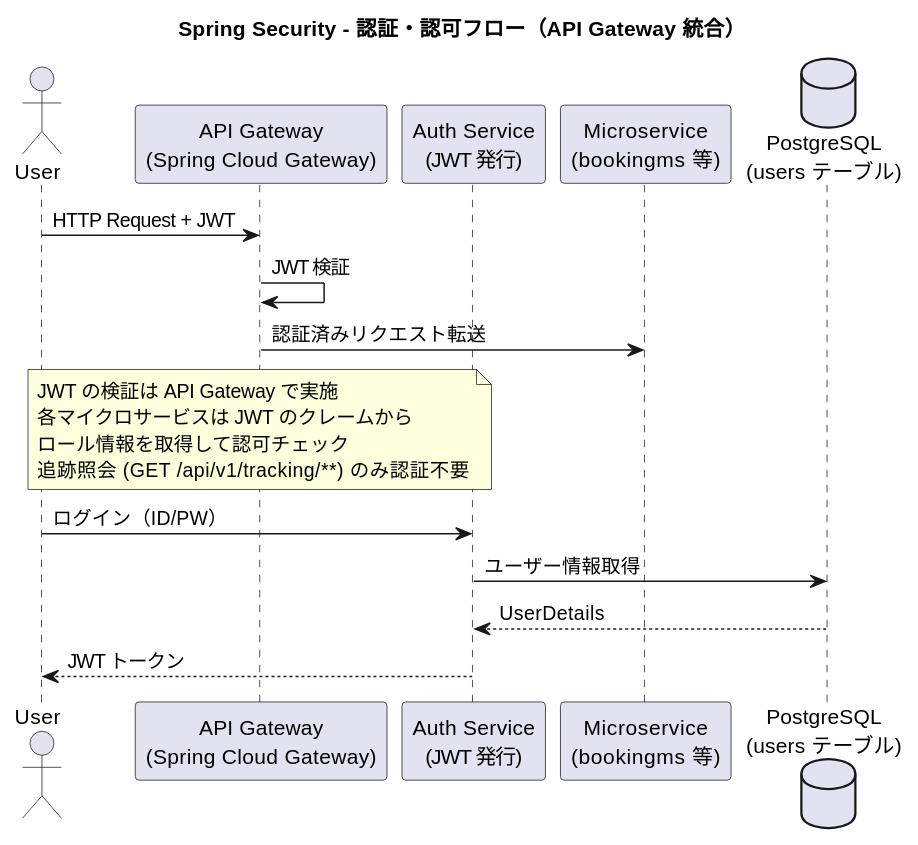
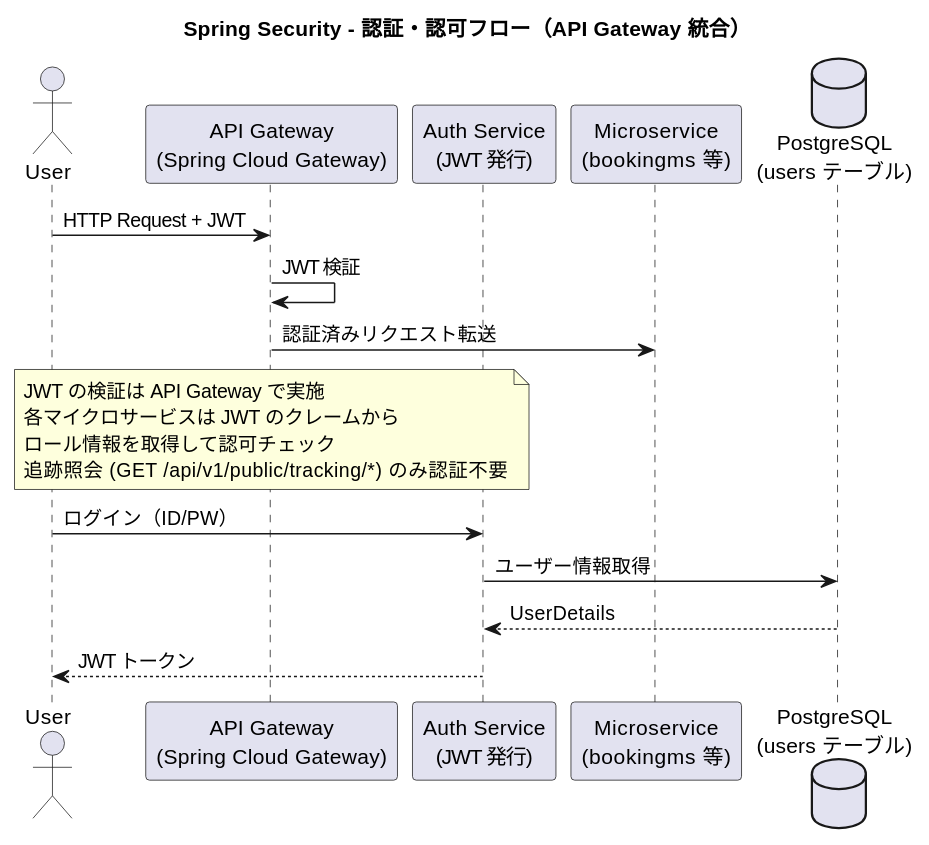
One commit to k2works/case-study-cargo-tracker changed the sixth of 7 diagrams in docs/design/architecture_backend.md. Above: the diagram before and after it, drawn with PlantUML. The commit also changed other lines of this file and 17 other files, not shown here.

````diff
--- a/docs/design/architecture_backend.md
+++ b/docs/design/architecture_backend.md
@@ -887,28 +887,28 @@
 ```plantuml
 @startuml
 title Spring Security - 認証・認可フロー（API Gateway 統合）
 
 actor User
 participant "API Gateway\n(Spring Cloud Gateway)" as gw
 participant "Auth Service\n(JWT 発行)" as auth
 participant "Microservice\n(bookingms 等)" as ms
 database "PostgreSQL\n(users テーブル)" as db
 
 User -> gw : HTTP Request + JWT
 gw -> gw : JWT 検証
 gw -> ms : 認証済みリクエスト転送
 
 note over gw
   JWT の検証は API Gateway で実施
   各マイクロサービスは JWT のクレームから
   ロール情報を取得して認可チェック
-  追跡照会 (GET /api/v1/tracking/**) のみ認証不要
+  追跡照会 (GET /api/v1/public/tracking/*) のみ認証不要
 end note
 
 User -> auth : ログイン（ID/PW）
 auth -> db : ユーザー情報取得
 db --> auth : UserDetails
 auth --> User : JWT トークン
 
 @enduml
 ```
````
